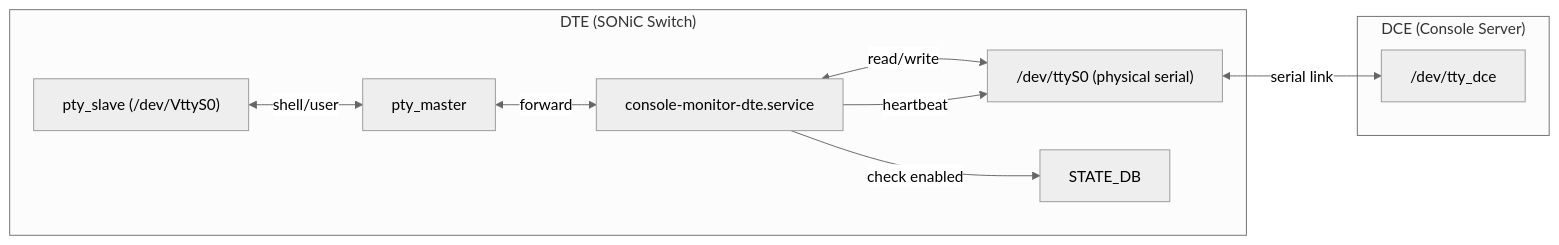
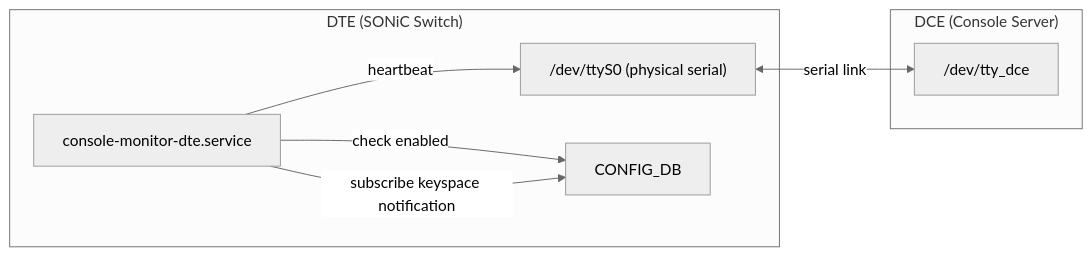
The second of 4 diagrams in docs/Console-Monitor-HLD-CN.md (wiperi/consoled), drawn with Mermaid (neutral theme) before and after one commit. The commit also changed other lines of this file and 1 other file, not shown here.

Commit message:
chore: dte side now only send heartbeat when config is enalbed

````diff
--- a/docs/Console-Monitor-HLD-CN.md
+++ b/docs/Console-Monitor-HLD-CN.md
@@ -401,24 +390,20 @@
 ```mermaid
 flowchart LR
   subgraph DTE["DTE (SONiC Switch)"]
-    pty_slave_dte["pty_slave (/dev/VttyS0)"]
-    pty_master_dte["pty_master"]
-    proxy_dte["console-monitor-dte.service"]
+    dte_service["console-monitor-dte.service"]
     TTY_DTE["/dev/ttyS0 (physical serial)"]
-    state_db["STATE_DB"]
+    config_db["CONFIG_DB"]
   end
 
   subgraph DCE["DCE (Console Server)"]
     TTY_DCE["/dev/tty_dce"]
   end
 
-  %% DTE side: proxy owns serial, creates PTY
-  pty_slave_dte <-- shell/user --> pty_master_dte
-  pty_master_dte <-- forward --> proxy_dte
-  proxy_dte <-- read/write --> TTY_DTE
-  proxy_dte -- check enabled --> state_db
-  proxy_dte -- heartbeat --> TTY_DTE
+  %% DTE side: service sends heartbeat directly to serial
+  dte_service -- check enabled --> config_db
+  dte_service -- subscribe keyspace notification --> config_db
+  dte_service -- heartbeat --> TTY_DTE
 
   %% physical link
   TTY_DTE <-- serial link --> TTY_DCE
 ```
````
